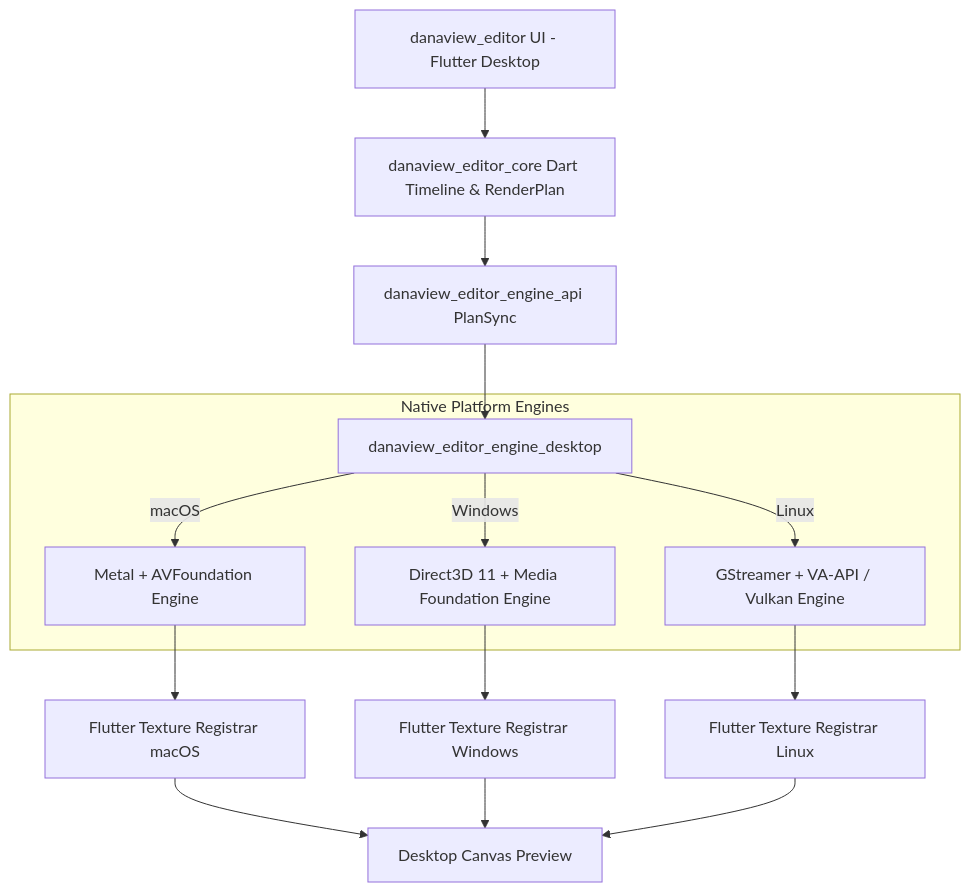
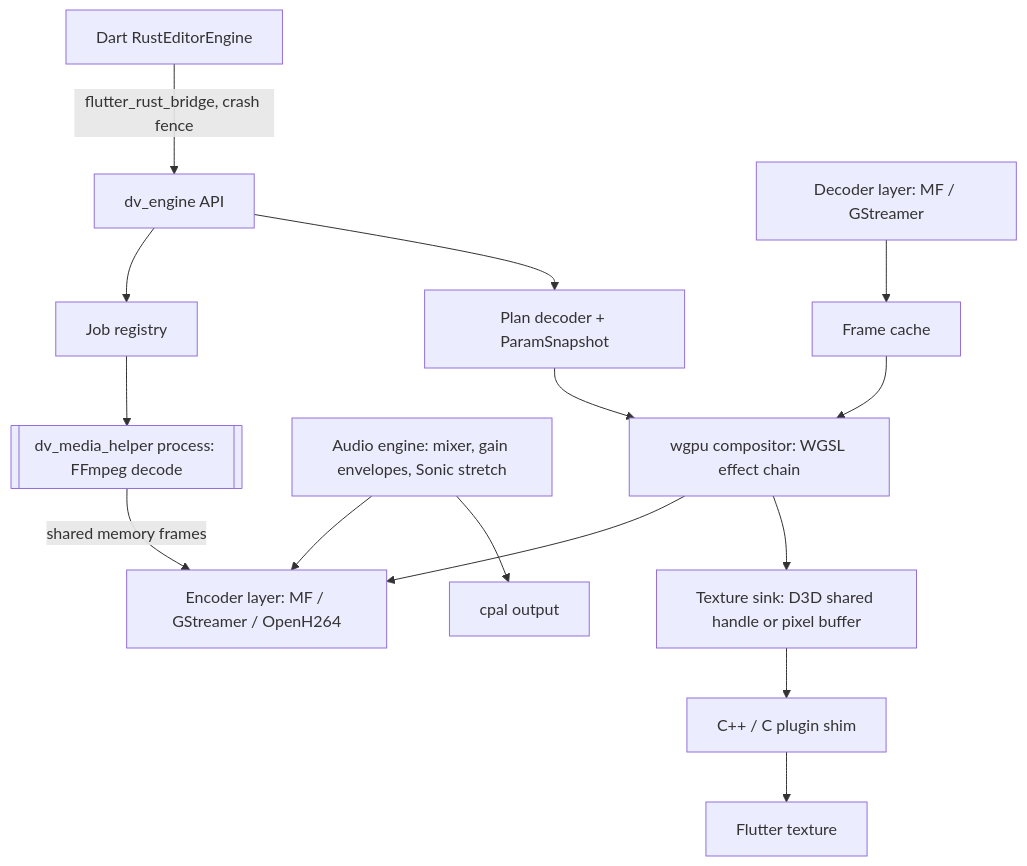
Before and after one commit to vecvel/danaview: the diagram in docs/v1.3/editor-desktop/DESKTOP_EDITOR_PLAN.md, drawn with Mermaid. The commit also changed other lines of this file and 2 other files, not shown here.

First line of the commit message:
docs(v1.3): rewrite the desktop editor plan (Swift on macOS, one Rust engine for Windows/Linux)

````diff
--- a/docs/v1.3/editor-desktop/DESKTOP_EDITOR_PLAN.md
+++ b/docs/v1.3/editor-desktop/DESKTOP_EDITOR_PLAN.md
@@ -137,20 +120,16 @@
 ```mermaid
 graph TD
-    A[danaview_editor UI - Flutter Desktop] --> B[danaview_editor_core Dart Timeline & RenderPlan]
-    B --> C[danaview_editor_engine_api PlanSync]
-    C --> D[danaview_editor_engine_desktop]
-
-    subgraph Native Platform Engines
-        D -->|macOS| E[Metal + AVFoundation Engine]
-        D -->|Windows| F[Direct3D 11 + Media Foundation Engine]
-        D -->|Linux| G[GStreamer + VA-API / Vulkan Engine]
-    end
-
-    E --> H[Flutter Texture Registrar macOS]
-    F --> I[Flutter Texture Registrar Windows]
-    G --> J[Flutter Texture Registrar Linux]
-
-    H --> K[Desktop Canvas Preview]
-    I --> K
-    J --> K
+  D[Dart RustEditorEngine] -->|flutter_rust_bridge, crash fence| API[dv_engine API]
+  API --> PLAN[Plan decoder + ParamSnapshot]
+  API --> JOBS[Job registry]
+  PLAN --> COMP[wgpu compositor: WGSL effect chain]
+  DEC[Decoder layer: MF / GStreamer] --> FC[Frame cache]
+  FC --> COMP
+  COMP --> SINK[Texture sink: D3D shared handle or pixel buffer]
+  SINK --> SHIM[C++ / C plugin shim] --> FL[Flutter texture]
+  COMP --> ENC[Encoder layer: MF / GStreamer / OpenH264]
+  AUD[Audio engine: mixer, gain envelopes, Sonic stretch] --> OUT[cpal output]
+  AUD --> ENC
+  JOBS --> HELPER[[dv_media_helper process: FFmpeg decode]]
+  HELPER -->|shared memory frames| ENC
 ```
````
